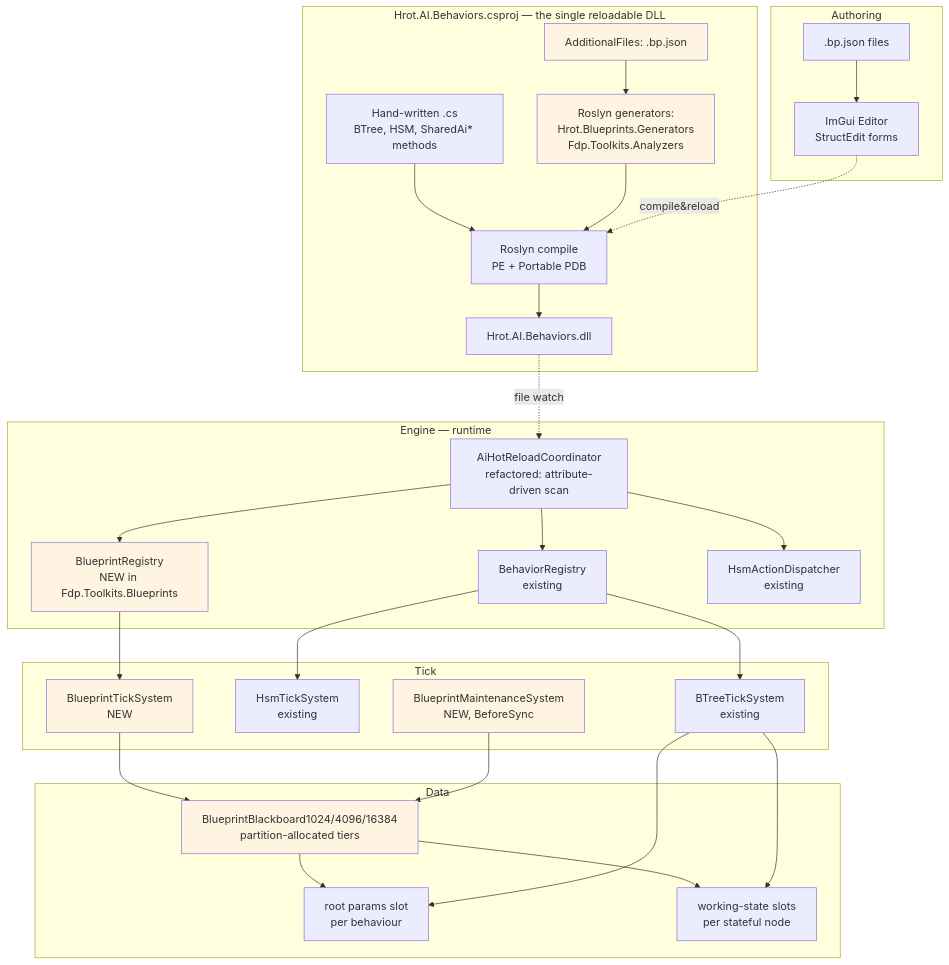
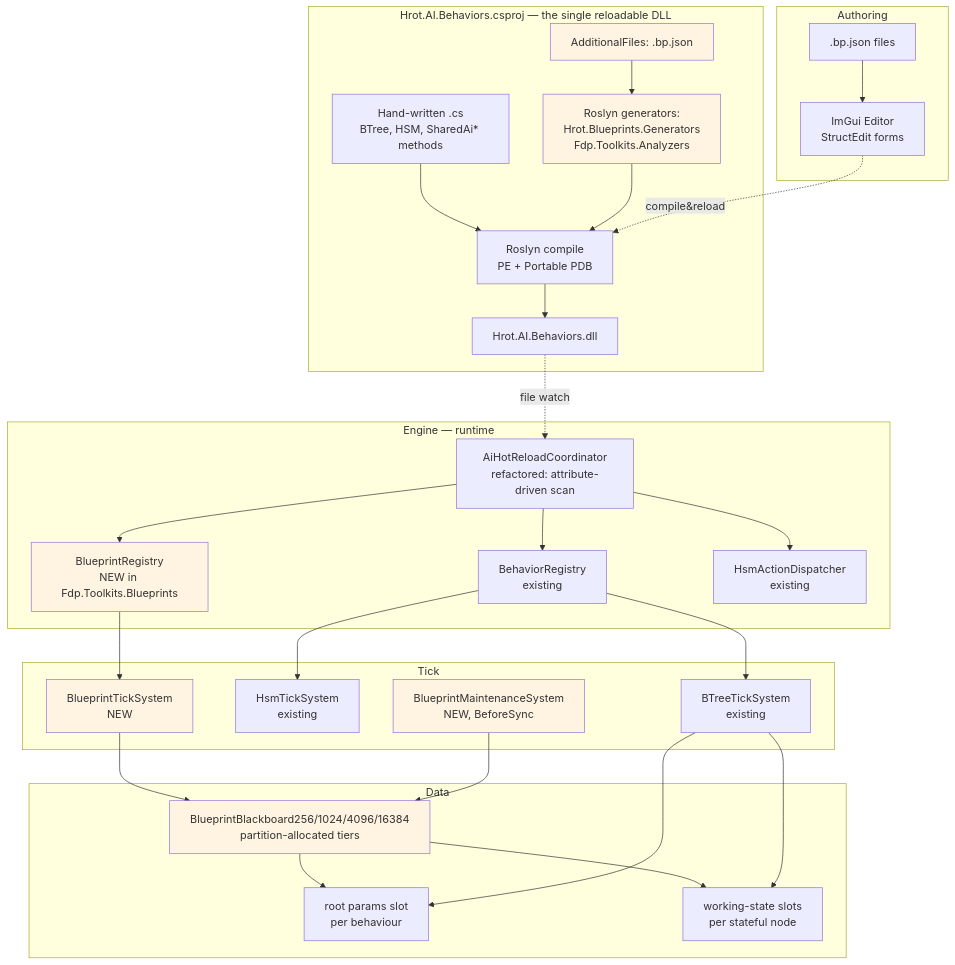
The diagram in docs/blueprints/Blueprint_Subsystem_Architecture_v1.2.md (pjanec/HROT), drawn with Mermaid before and after one commit. The commit also changed 32 other files, not shown here.

````diff
--- a/docs/blueprints/Blueprint_Subsystem_Architecture_v1.2.md
+++ b/docs/blueprints/Blueprint_Subsystem_Architecture_v1.2.md
@@ -101,66 +101,66 @@
 ```mermaid
 graph TB
     subgraph "Authoring"
         AUTH[.bp.json files]
         ED[ImGui Editor<br/>StructEdit forms]
     end
 
     subgraph "Hrot.AI.Behaviors.csproj — the single reloadable DLL"
         ADDFILES[AdditionalFiles: .bp.json]
         HANDCODE["Hand-written .cs<br/>BTree, HSM, SharedAi* methods"]
         GEN[Roslyn generators:<br/>Hrot.Blueprints.Generators<br/>Fdp.Toolkits.Analyzers]
         ROSLYN[Roslyn compile<br/>PE + Portable PDB]
         DLL[Hrot.AI.Behaviors.dll]
 
         ADDFILES --> GEN
         HANDCODE --> ROSLYN
         GEN --> ROSLYN
         ROSLYN --> DLL
     end
 
     subgraph "Engine — runtime"
         AHRC[AiHotReloadCoordinator<br/>refactored: attribute-driven scan]
         BREG[BehaviorRegistry<br/>existing]
         BPREG[BlueprintRegistry<br/>NEW in Fdp.Toolkits.Blueprints]
         HSMD[HsmActionDispatcher<br/>existing]
 
         DLL -.file watch.-> AHRC
         AHRC --> BREG
         AHRC --> BPREG
         AHRC --> HSMD
     end
 
     subgraph "Tick"
         BTREE[BTreeTickSystem<br/>existing]
         HSMTICK[HsmTickSystem<br/>existing]
         BPTICK[BlueprintTickSystem<br/>NEW]
         BPMAINT[BlueprintMaintenanceSystem<br/>NEW, BeforeSync]
 
         BREG --> BTREE
         BREG --> HSMTICK
         BPREG --> BPTICK
     end
 
     subgraph "Data"
-        BPBB[BlueprintBlackboard1024/4096/16384<br/>partition-allocated tiers]
+        BPBB[BlueprintBlackboard256/1024/4096/16384<br/>partition-allocated tiers]
         ROOT[root params slot<br/>per behaviour]
         WORK[working-state slots<br/>per stateful node]
 
         BPBB --> ROOT
         BPBB --> WORK
         BTREE --> ROOT
         BTREE --> WORK
         BPTICK --> BPBB
         BPMAINT --> BPBB
     end
 
     AUTH --> ED
     ED -.compile&reload.-> ROSLYN
 
     style ADDFILES fill:#fff4e1
     style BPREG fill:#fff4e1
     style BPTICK fill:#fff4e1
     style BPMAINT fill:#fff4e1
     style BPBB fill:#fff4e1
     style GEN fill:#fff4e1
 ```
````
